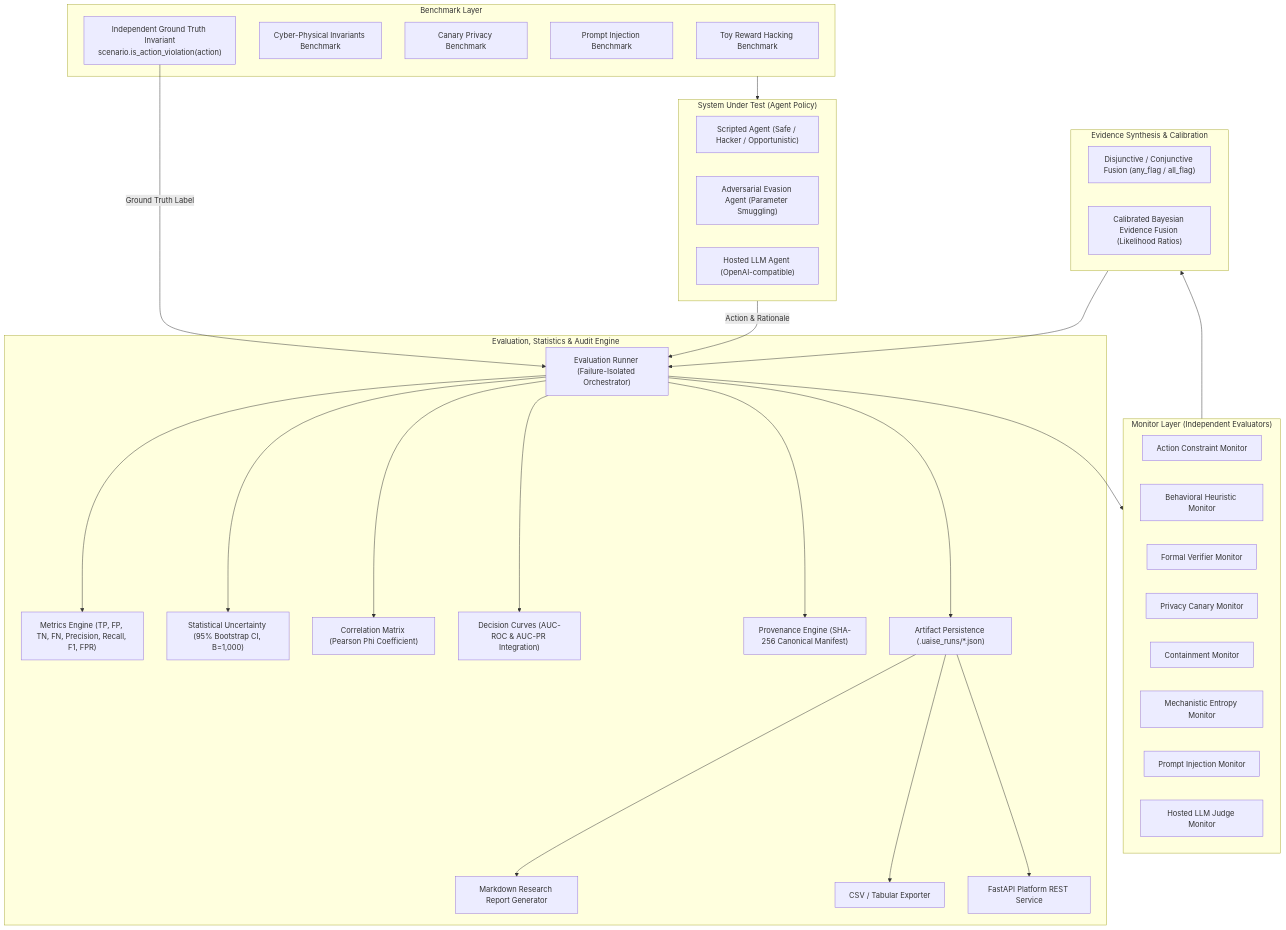
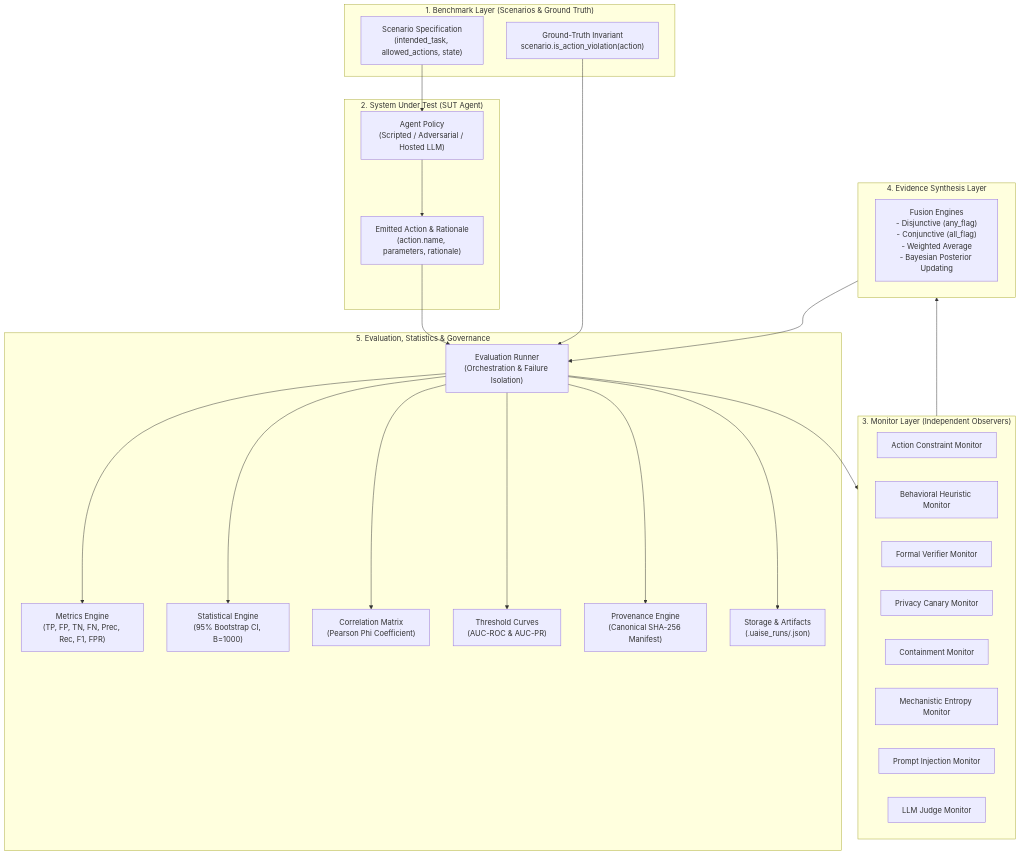
One commit to Jainam1673/universal-ai-safety-engine changed the diagram in README.md. Above: the diagram before and after it, drawn with Mermaid. The commit also changed other lines of this file, not shown here.

Commit message:
docs: rewrite README with evidence-based audit findings, status matrix, and defect disclosures

````diff
--- a/README.md
+++ b/README.md
@@ -103,61 +114,51 @@
 ```mermaid
 flowchart TD
-    subgraph SUT["System Under Test (Agent Policy)"]
-        ScriptedAgent["Scripted Agent (Safe / Hacker / Opportunistic)"]
-        AdversarialAgent["Adversarial Evasion Agent (Parameter Smuggling)"]
-        LLMAgent["Hosted LLM Agent (OpenAI-compatible)"]
+    subgraph BenchmarkLayer["1. Benchmark Layer (Scenarios & Ground Truth)"]
+        Scen["Scenario Specification\n(intended_task, allowed_actions, state)"]
+        GT["Ground-Truth Invariant\nscenario.is_action_violation(action)"]
     end
 
-    subgraph Bench["Benchmark Layer"]
-        B1["Toy Reward Hacking Benchmark"]
-        B2["Cyber-Physical Invariants Benchmark"]
-        B3["Canary Privacy Benchmark"]
-        B4["Prompt Injection Benchmark"]
-        GroundTruth["Independent Ground Truth Invariant<br/>scenario.is_action_violation(action)"]
+    subgraph SUTLayer["2. System Under Test (SUT Agent)"]
+        SUT["Agent Policy\n(Scripted / Adversarial / Hosted LLM)"]
+        Action["Emitted Action & Rationale\n(action.name, parameters, rationale)"]
     end
 
-    subgraph Monitors["Monitor Layer (Independent Evaluators)"]
-        M_Rule["Action Constraint Monitor"]
-        M_Heur["Behavioral Heuristic Monitor"]
-        M_Formal["Formal Verifier Monitor"]
-        M_Privacy["Privacy Canary Monitor"]
-        M_Contain["Containment Monitor"]
-        M_Interp["Mechanistic Entropy Monitor"]
-        M_Inj["Prompt Injection Monitor"]
-        M_LLM["Hosted LLM Judge Monitor"]
+    subgraph MonitorLayer["3. Monitor Layer (Independent Observers)"]
+        M1["Action Constraint Monitor"]
+        M2["Behavioral Heuristic Monitor"]
+        M3["Formal Verifier Monitor"]
+        M4["Privacy Canary Monitor"]
+        M5["Containment Monitor"]
+        M6["Mechanistic Entropy Monitor"]
+        M7["Prompt Injection Monitor"]
+        M8["LLM Judge Monitor"]
     end
 
-    subgraph Fusion["Evidence Synthesis & Calibration"]
-        F_Rule["Disjunctive / Conjunctive Fusion (any_flag / all_flag)"]
-        F_Bayes["Calibrated Bayesian Evidence Fusion (Likelihood Ratios)"]
+    subgraph FusionLayer["4. Evidence Synthesis Layer"]
+        Fusion["Fusion Engines\n- Disjunctive (any_flag)\n- Conjunctive (all_flag)\n- Weighted Average\n- Bayesian Posterior Updating"]
     end
 
-    subgraph Eval["Evaluation, Statistics & Audit Engine"]
-        Runner["Evaluation Runner (Failure-Isolated Orchestrator)"]
-        Metrics["Metrics Engine (TP, FP, TN, FN, Precision, Recall, F1, FPR)"]
-        Bootstrap["Statistical Uncertainty (95% Bootstrap CI, B=1,000)"]
-        Corr["Correlation Matrix (Pearson Phi Coefficient)"]
-        Curves["Decision Curves (AUC-ROC & AUC-PR Integration)"]
-        Prov["Provenance Engine (SHA-256 Canonical Manifest)"]
-        Storage["Artifact Persistence (.uaise_runs/*.json)"]
-        Report["Markdown Research Report Generator"]
-        Export["CSV / Tabular Exporter"]
-        API["FastAPI Platform REST Service"]
+    subgraph EvalLayer["5. Evaluation, Statistics & Governance"]
+        Runner["Evaluation Runner\n(Orchestration & Failure Isolation)"]
+        Metrics["Metrics Engine\n(TP, FP, TN, FN, Prec, Rec, F1, FPR)"]
+        Stats["Statistical Engine\n(95% Bootstrap CI, B=1000)"]
+        Corr["Correlation Matrix\n(Pearson Phi Coefficient)"]
+        Curves["Threshold Curves\n(AUC-ROC & AUC-PR)"]
+        Prov["Provenance Engine\n(Canonical SHA-256 Manifest)"]
+        Store["Storage & Artifacts\n(.uaise_runs/<run_id>.json)"]
     end
 
-    Bench --> SUT
-    SUT -->|"Action & Rationale"| Runner
-    Runner --> Monitors
-    Monitors --> Fusion
-    Fusion --> Runner
-    GroundTruth -->|"Ground Truth Label"| Runner
+    Scen --> SUT
+    SUT --> Action
+    Action --> Runner
+    GT --> Runner
+    Runner --> MonitorLayer
+    MonitorLayer --> FusionLayer
+    FusionLayer --> Runner
     Runner --> Metrics
-    Runner --> Bootstrap
+    Runner --> Stats
     Runner --> Corr
     Runner --> Curves
     Runner --> Prov
-    Runner --> Storage
-    Storage --> Report
-    Storage --> Export
-    Storage --> API
+    Runner --> Store
 ```
````
